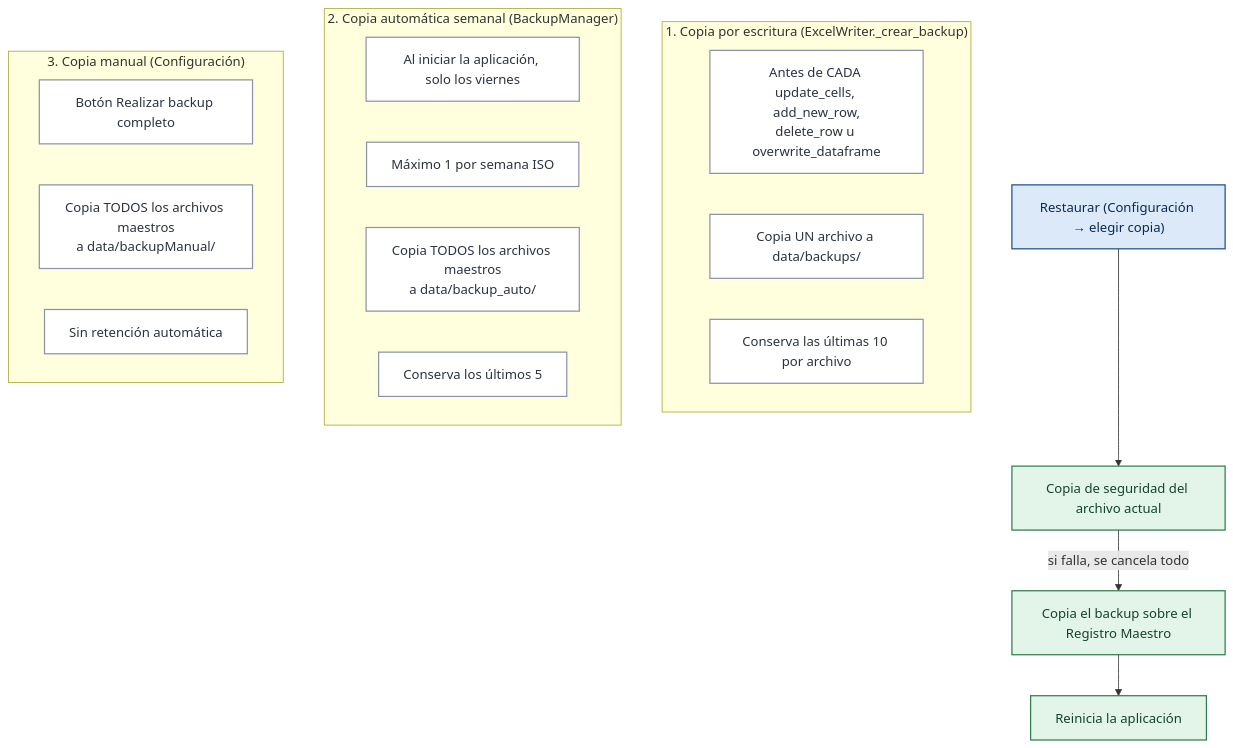
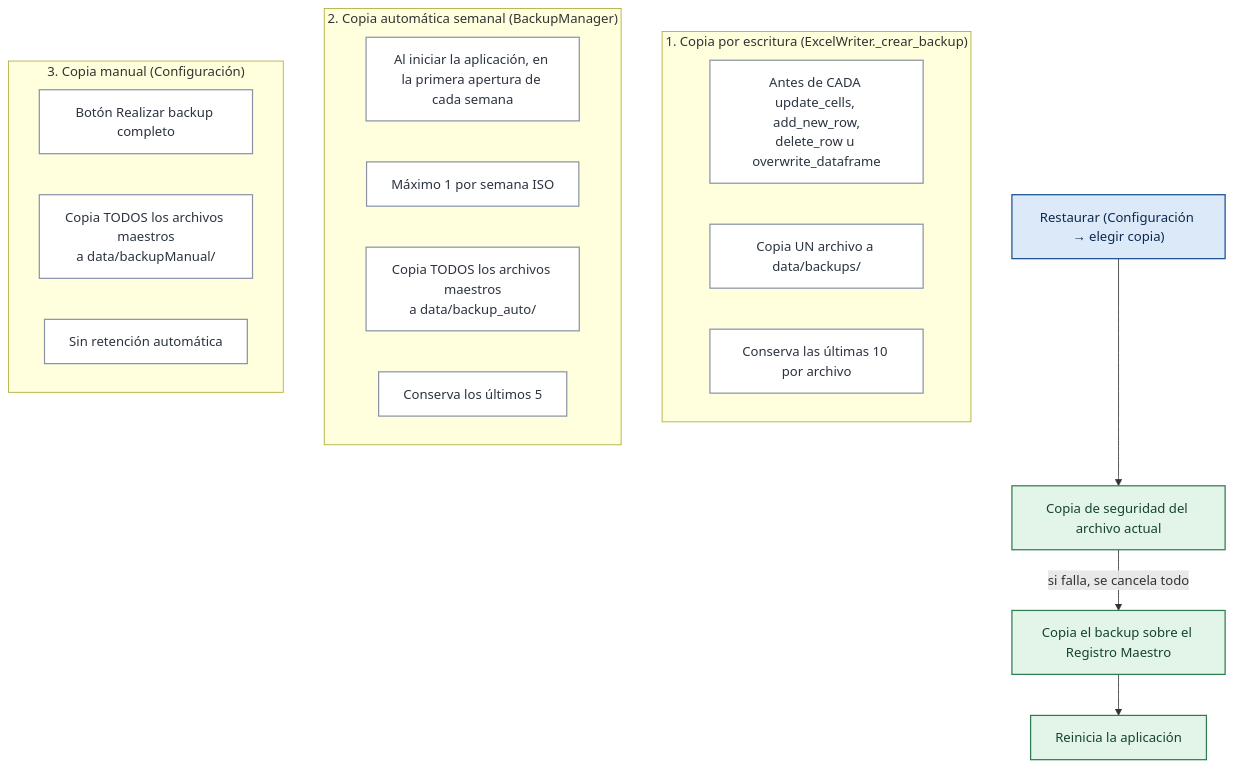
One commit to felipeMon20/PTY4614-302-EQUIPO-2 changed diagram 24 of 31 in Fase 2/Evidencias Proyecto/Evidencias de documentación/docs/08. Arquitectura Visual y Diagramas.md. Above: the diagram before and after it, drawn with Mermaid. The commit also changed other lines of this file and 315 other files, not shown here.

````diff
--- a/Fase 2/Evidencias Proyecto/Evidencias de documentación/docs/08. Arquitectura Visual y Diagramas.md
+++ b/Fase 2/Evidencias Proyecto/Evidencias de documentación/docs/08. Arquitectura Visual y Diagramas.md
@@ -836,30 +837,30 @@
 ```mermaid
 flowchart TD
     subgraph A["1. Copia por escritura (ExcelWriter._crear_backup)"]
         A1["Antes de CADA update_cells, add_new_row,<br/>delete_row u overwrite_dataframe"]:::neutro
         A2["Copia UN archivo a data/backups/"]:::neutro
         A3["Conserva las últimas 10 por archivo"]:::neutro
     end
     subgraph B["2. Copia automática semanal (BackupManager)"]
-        B1["Al iniciar la aplicación, solo los viernes"]:::neutro
+        B1["Al iniciar la aplicación, en la primera apertura de cada semana"]:::neutro
         B2["Máximo 1 por semana ISO"]:::neutro
         B3["Copia TODOS los archivos maestros<br/>a data/backup_auto/"]:::neutro
         B4["Conserva los últimos 5"]:::neutro
     end
     subgraph C["3. Copia manual (Configuración)"]
         C1["Botón Realizar backup completo"]:::neutro
         C2["Copia TODOS los archivos maestros<br/>a data/backupManual/"]:::neutro
         C3["Sin retención automática"]:::neutro
     end
     R["Restaurar (Configuración → elegir copia)"]:::pantalla --> R1["Copia de seguridad del archivo actual"]:::accion
     R1 -->|"si falla, se cancela todo"| R2["Copia el backup sobre el Registro Maestro"]:::accion
     R2 --> R3["Reinicia la aplicación"]:::accion
     classDef pantalla fill:#DCE9F8,stroke:#1B4F8F,color:#0B2A4F,stroke-width:1.5px
     classDef grupo fill:#1B4F8F,stroke:#0B2A4F,color:#FFFFFF,stroke-width:1.5px
     classDef accion fill:#E3F4E8,stroke:#2E7D4F,color:#14452A,stroke-width:1.5px
     classDef archivo fill:#F1F3F6,stroke:#7A8494,color:#2B3340,stroke-width:1.5px
     classDef externo fill:#EDE7F6,stroke:#6B4FA8,color:#3A2670,stroke-width:1.5px
     classDef alerta fill:#FDECEC,stroke:#B3372F,color:#6E1712,stroke-width:1.5px
     classDef aviso fill:#FFF4D6,stroke:#B58100,color:#5C4300,stroke-width:1.5px
     classDef neutro fill:#FFFFFF,stroke:#8A94A6,color:#2B3340,stroke-width:1.5px
 ```
````
